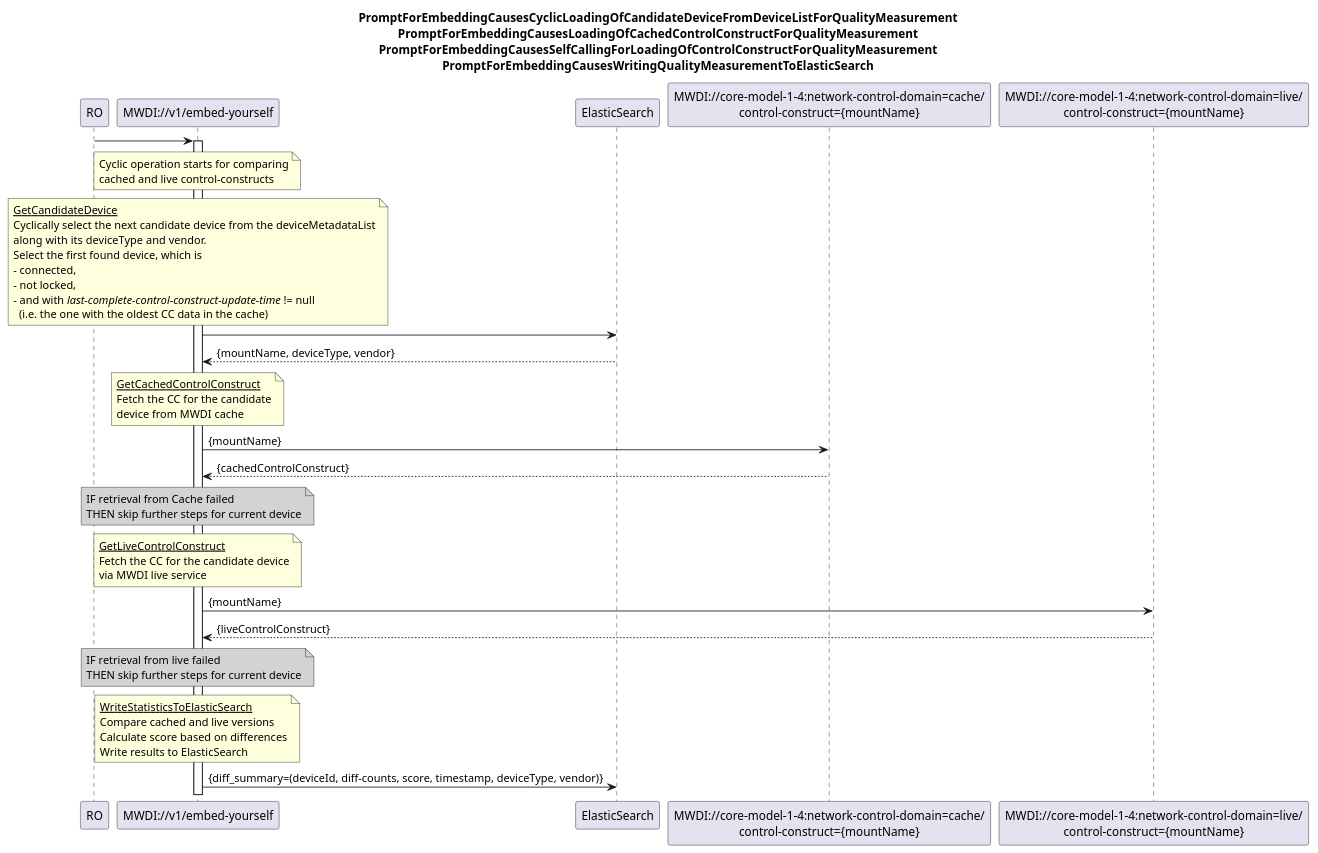
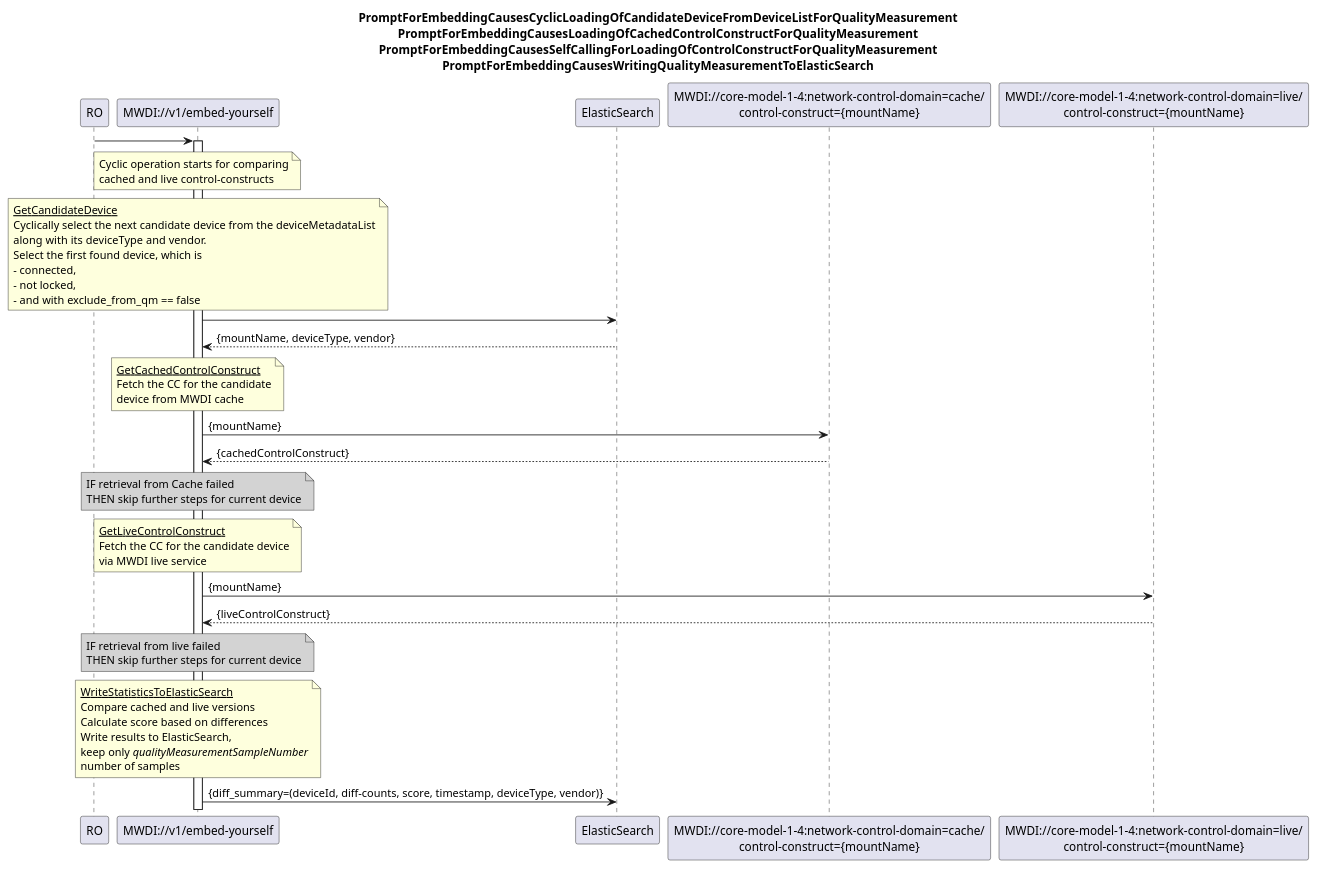
One commit to openBackhaul/MicroWaveDeviceInventory changed the diagram in spec/diagrams/00z_CyclicCacheQualityMeasurement.plantuml. Above: the diagram before and after it, drawn with PlantUML. The commit also changed 2 other files, not shown here.

```diff
--- a/spec/diagrams/00z_CyclicCacheQualityMeasurement.plantuml
+++ b/spec/diagrams/00z_CyclicCacheQualityMeasurement.plantuml
@@ -1,81 +1,82 @@
 @startuml 00z_CyclicCacheQualityMeasurement
 
 skinparam responseMessageBelowArrow true
 
  
 title
 PromptForEmbeddingCausesCyclicLoadingOfCandidateDeviceFromDeviceListForQualityMeasurement
 PromptForEmbeddingCausesLoadingOfCachedControlConstructForQualityMeasurement
 PromptForEmbeddingCausesSelfCallingForLoadingOfControlConstructForQualityMeasurement
 PromptForEmbeddingCausesWritingQualityMeasurementToElasticSearch
 end title
  
 participant RO as ro
 
 participant "MWDI://v1/embed-yourself" as mwdi
 participant "ElasticSearch" as es
 participant "MWDI://core-model-1-4:network-control-domain=cache/\ncontrol-construct={mountName}" as cache
 participant "MWDI://core-model-1-4:network-control-domain=live/\ncontrol-construct={mountName}" as live 
 
 
 ro -> mwdi
 
 activate mwdi
 
 note over mwdi
 Cyclic operation starts for comparing
 cached and live control-constructs
 end note
 
 note over mwdi
   <u>GetCandidateDevice</u>
   Cyclically select the next candidate device from the deviceMetadataList
   along with its deviceType and vendor.
   Select the first found device, which is
   - connected,
   - not locked,
-  - and with <i>last-complete-control-construct-update-time</i> != null
-    (i.e. the one with the oldest CC data in the cache)
+  - and with exclude_from_qm == false
 end note
 mwdi -> es
 es --> mwdi : {mountName, deviceType, vendor}
 
 note over mwdi
   <u>GetCachedControlConstruct</u>
   Fetch the CC for the candidate
   device from MWDI cache
 end note
 mwdi -> cache : {mountName}
 cache --> mwdi : {cachedControlConstruct}
 
 note over mwdi #LightGray
   IF retrieval from Cache failed
   THEN skip further steps for current device
 end note
 
 note over mwdi
   <u>GetLiveControlConstruct</u>
   Fetch the CC for the candidate device
   via MWDI live service
 end note
 mwdi -> live : {mountName}
 live --> mwdi :  {liveControlConstruct}
 
 note over mwdi #LightGray
   IF retrieval from live failed
   THEN skip further steps for current device
 end note
  
 note over mwdi
   <u>WriteStatisticsToElasticSearch</u>
   Compare cached and live versions
   Calculate score based on differences
-  Write results to ElasticSearch
+  Write results to ElasticSearch,
+  keep only <i>qualityMeasurementSampleNumber</i>
+  number of samples
 end note
 
 
 mwdi -> es : {diff_summary=(deviceId, diff-counts, score, timestamp, deviceType, vendor)}
 
  
 
 @enduml
```
